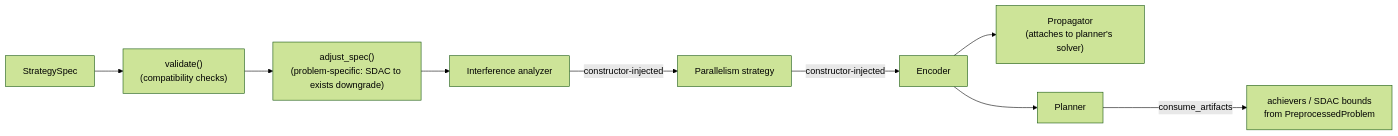
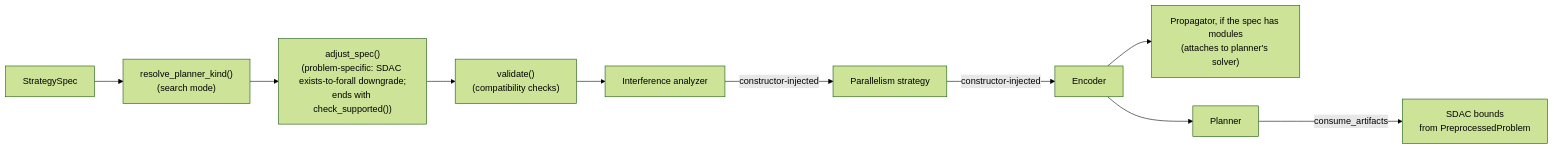
Before and after one commit to pyPMT/RanTanPlan: the third of 3 diagrams in developer-docs/preprocessing-and-strategy.md, drawn with Mermaid (forest theme). The commit also changed other lines of this file and 9 other files, not shown here.

````diff
--- a/developer-docs/preprocessing-and-strategy.md
+++ b/developer-docs/preprocessing-and-strategy.md
@@ -346,11 +377,12 @@
 ```mermaid
 flowchart LR
-    S[StrategySpec] --> V["validate()<br/>(compatibility checks)"]
-    V --> AJ["adjust_spec()<br/>(problem-specific: SDAC to exists downgrade)"]
-    AJ --> I[Interference analyzer]
+    S[StrategySpec] --> RP["resolve_planner_kind()<br/>(search mode)"]
+    RP --> AJ["adjust_spec()<br/>(problem-specific: SDAC exists-to-forall downgrade;<br/>ends with check_supported())"]
+    AJ --> V["validate()<br/>(compatibility checks)"]
+    V --> I[Interference analyzer]
     I -->|constructor-injected| PA[Parallelism strategy]
     PA -->|constructor-injected| E[Encoder]
-    E --> PR["Propagator<br/>(attaches to planner's solver)"]
+    E --> PR["Propagator, if the spec has modules<br/>(attaches to planner's solver)"]
     E --> PL[Planner]
-    PL -->|consume_artifacts| ART["achievers / SDAC bounds<br/>from PreprocessedProblem"]
+    PL -->|consume_artifacts| ART["SDAC bounds<br/>from PreprocessedProblem"]
 ```
````
